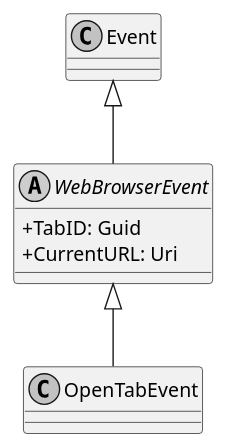
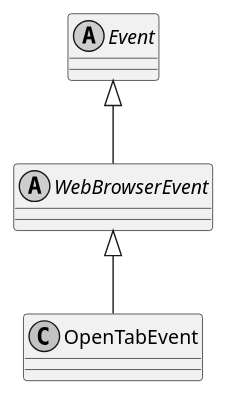
One commit to insightmind/MORR changed the diagram in documents/sd/plantuml/application/Modules/WebBrowser/Events/OpenTabEvent.puml. Above: the diagram before and after it, drawn with PlantUML. The commit also changed 27 other files, not shown here.

```diff
--- a/documents/sd/plantuml/application/Modules/WebBrowser/Events/OpenTabEvent.puml
+++ b/documents/sd/plantuml/application/Modules/WebBrowser/Events/OpenTabEvent.puml
@@ -1,13 +1,13 @@
 @startuml
 skinparam monochrome true
 skinparam classAttributeIconSize 0
 
 class OpenTabEvent {
 }
 abstract class WebBrowserEvent {
-    + TabID: Guid
-    + CurrentURL: Uri
+    
 }
+abstract class Event
 WebBrowserEvent <|-- OpenTabEvent
 Event <|-- WebBrowserEvent
 @enduml
```
